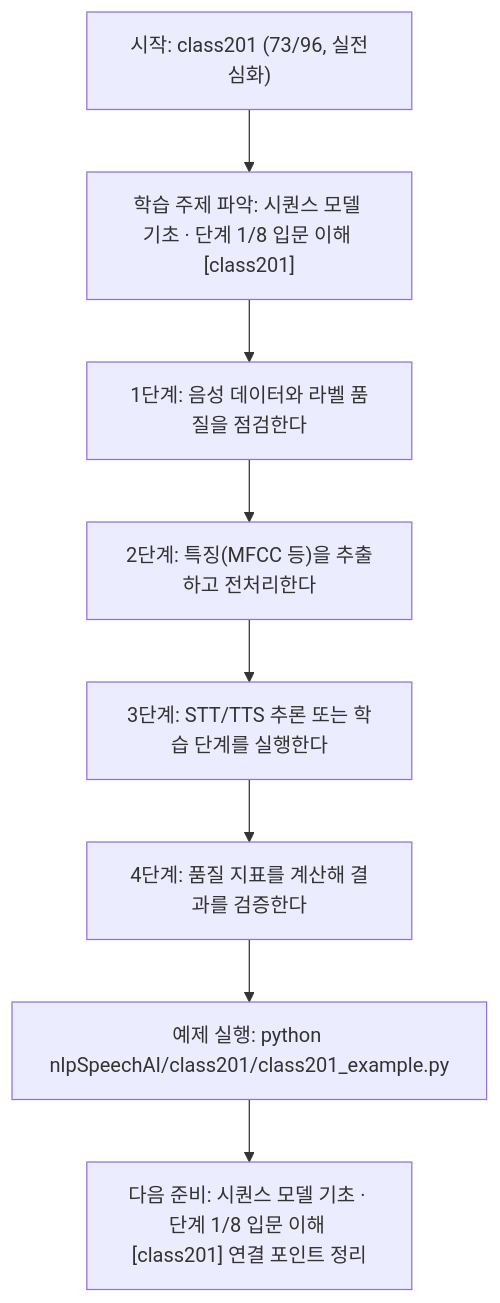
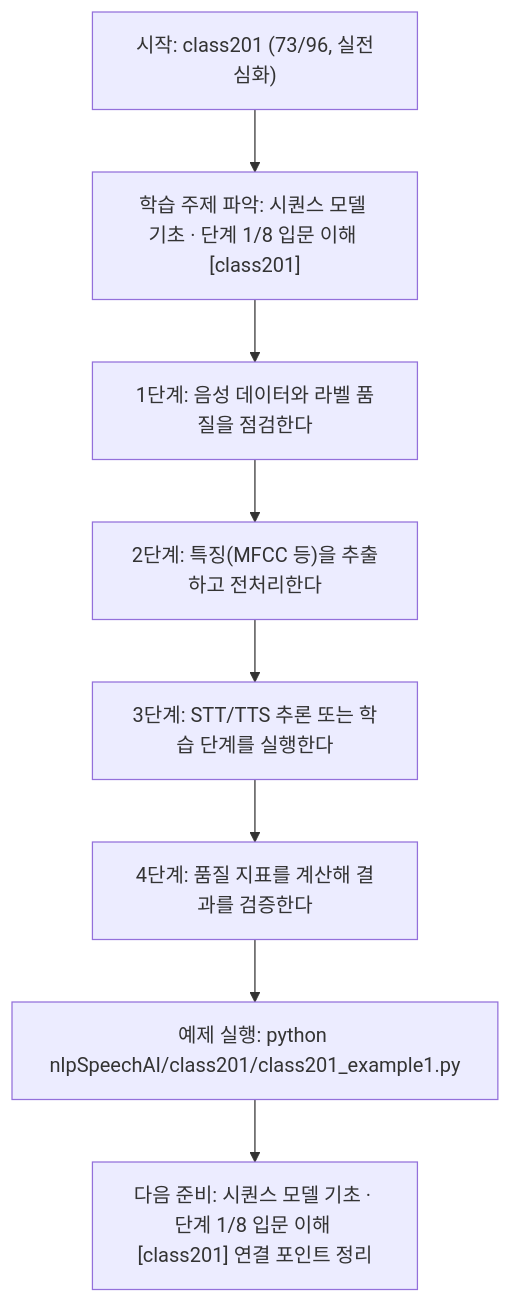
One commit to edumgt/Python-AI_Agent-Class changed the diagram in nlpSpeechAI/class201/class201.md. Above: the diagram before and after it, drawn with Mermaid. The commit also changed other lines of this file and 2959 other files, not shown here.

````diff
--- a/nlpSpeechAI/class201/class201.md
+++ b/nlpSpeechAI/class201/class201.md
@@ -114,18 +114,18 @@
 ```mermaid
 flowchart TD
 N1["시작: class201 (73/96, 실전심화)"]
 N2["학습 주제 파악: 시퀀스 모델 기초 · 단계 1/8 입문 이해 [class201]"]
 N3["1단계: 음성 데이터와 라벨 품질을 점검한다"]
 N4["2단계: 특징(MFCC 등)을 추출하고 전처리한다"]
 N5["3단계: STT/TTS 추론 또는 학습 단계를 실행한다"]
 N6["4단계: 품질 지표를 계산해 결과를 검증한다"]
-N7["예제 실행: python nlpSpeechAI/class201/class201_example.py"]
+N7["예제 실행: python nlpSpeechAI/class201/class201_example1.py"]
 N8["다음 준비: 시퀀스 모델 기초 · 단계 1/8 입문 이해 [class201] 연결 포인트 정리"]
 N1 --> N2
 N2 --> N3
 N3 --> N4
 N4 --> N5
 N5 --> N6
 N6 --> N7
 N7 --> N8
 ```
````
